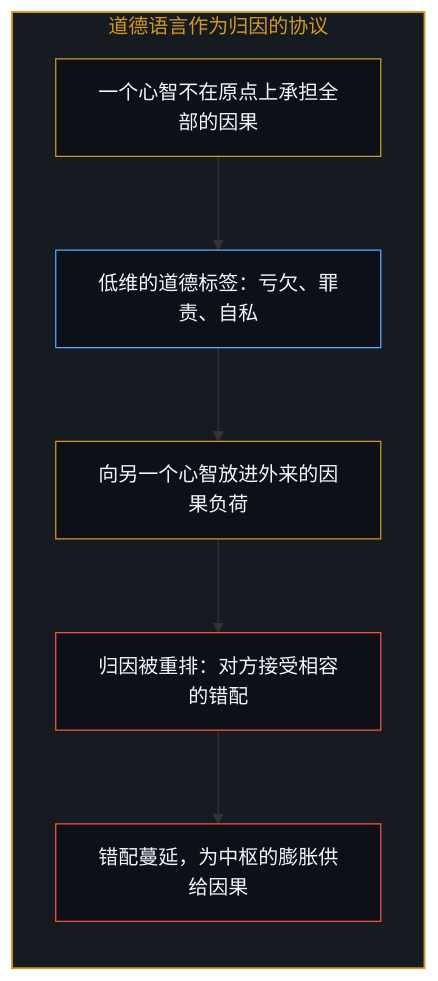
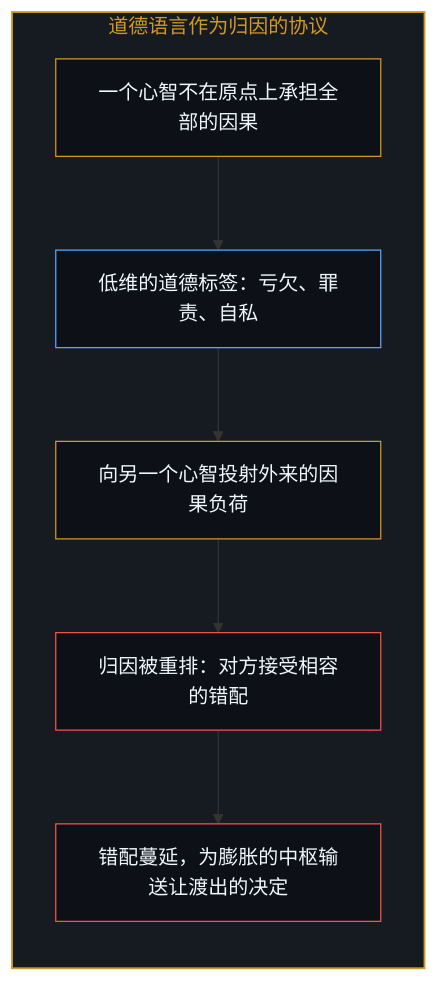
The fifth of 12 diagrams in content/posts/the-power-law-of-surrendered-agency.md (powerpig99/not-a-toe), drawn with Mermaid before and after one commit. The commit also changed other lines of this file and 2 other files, not shown here.

````diff
--- a/content/posts/the-power-law-of-surrendered-agency.md
+++ b/content/posts/the-power-law-of-surrendered-agency.md
@@ -133,21 +133,21 @@
 ```mermaid
 flowchart TD
     subgraph S_Moral["道德语言作为归因的协议"]
         direction TB
         Decline["一个心智不在原点上承担全部的因果"]
         Label["低维的道德标签：亏欠、罪责、自私"]
-        Load["向另一个心智放进外来的因果负荷"]
+        Load["向另一个心智投射外来的因果负荷"]
         Reroute["归因被重排：对方接受相容的错配"]
-        Feed["错配蔓延，为中枢的膨胀供给因果"]
+        Feed["错配蔓延，为膨胀的中枢输送让渡出的决定"]
         Decline --> Label
         Label --> Load
         Load --> Reroute
         Reroute --> Feed
     end
     style S_Moral fill:#161b22,stroke:#d29922,stroke-width:1.5px,color:#d29922
     style Decline fill:#0d1117,stroke:#d29922,stroke-width:1px,color:#f0f6fc
     style Label fill:#0d1117,stroke:#58a6ff,stroke-width:1px,color:#f0f6fc
     style Load fill:#0d1117,stroke:#d29922,stroke-width:1px,color:#f0f6fc
     style Reroute fill:#0d1117,stroke:#f85149,stroke-width:1px,color:#f0f6fc
     style Feed fill:#0d1117,stroke:#f85149,stroke-width:1px,color:#f0f6fc
 ```
````
